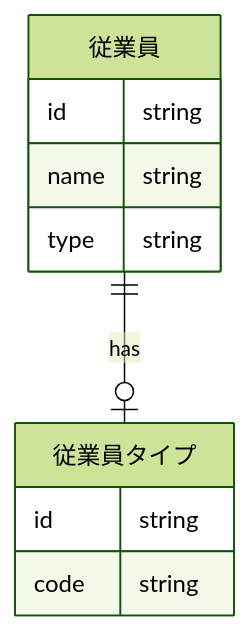
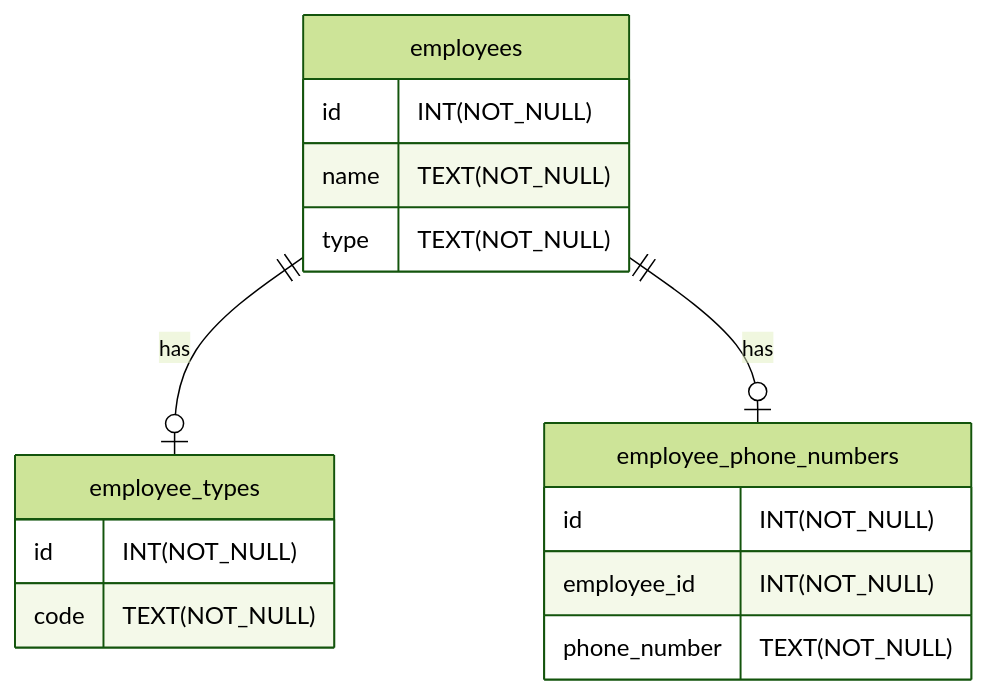
The first of 2 diagrams in articles/2024-0612-graphql-imutable-data-model.md (majimaccho/zenn-contents), drawn with Mermaid (forest theme) before and after one commit. The commit also changed other lines of this file, not shown here.

````diff
--- a/articles/2024-0612-graphql-imutable-data-model.md
+++ b/articles/2024-0612-graphql-imutable-data-model.md
@@ -45,14 +43,20 @@
 ```mermaid
 erDiagram
-    Employee["従業員"] {
-        id string
-        name string
-        type string
+    employees {
+        id INT(NOT_NULL)
+        name TEXT(NOT_NULL)
+        type TEXT(NOT_NULL)
     }
-    EmployeeType["従業員タイプ"] {
-        id string
-        code string
+    employee_types {
+        id INT(NOT_NULL)
+        code TEXT(NOT_NULL)
+    }
+    employee_phone_numbers {
+        id INT(NOT_NULL)
+        employee_id INT(NOT_NULL)
+        phone_number TEXT(NOT_NULL)
     }
 
-    Employee ||--o| EmployeeType : has
+    employees ||--o| employee_types : has
+    employees ||--o| employee_phone_numbers : has
 ```
````
